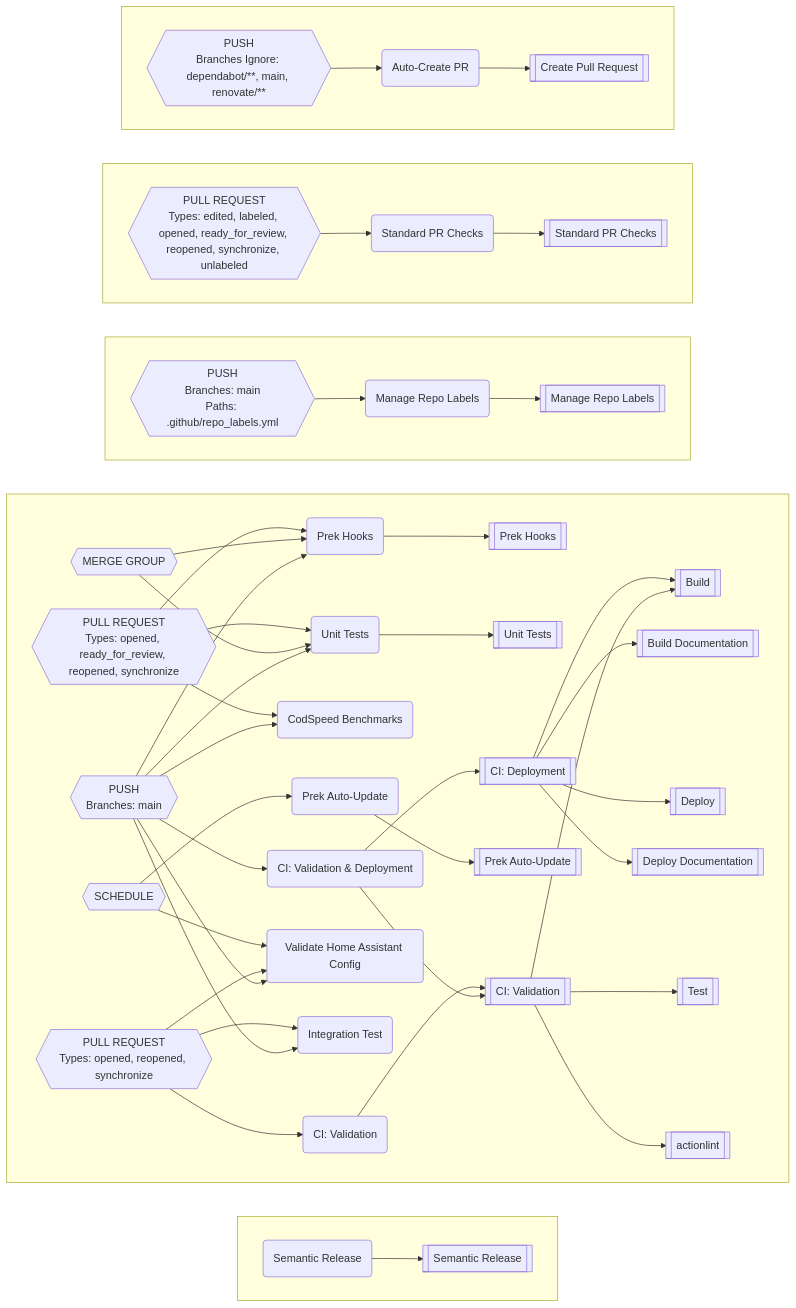
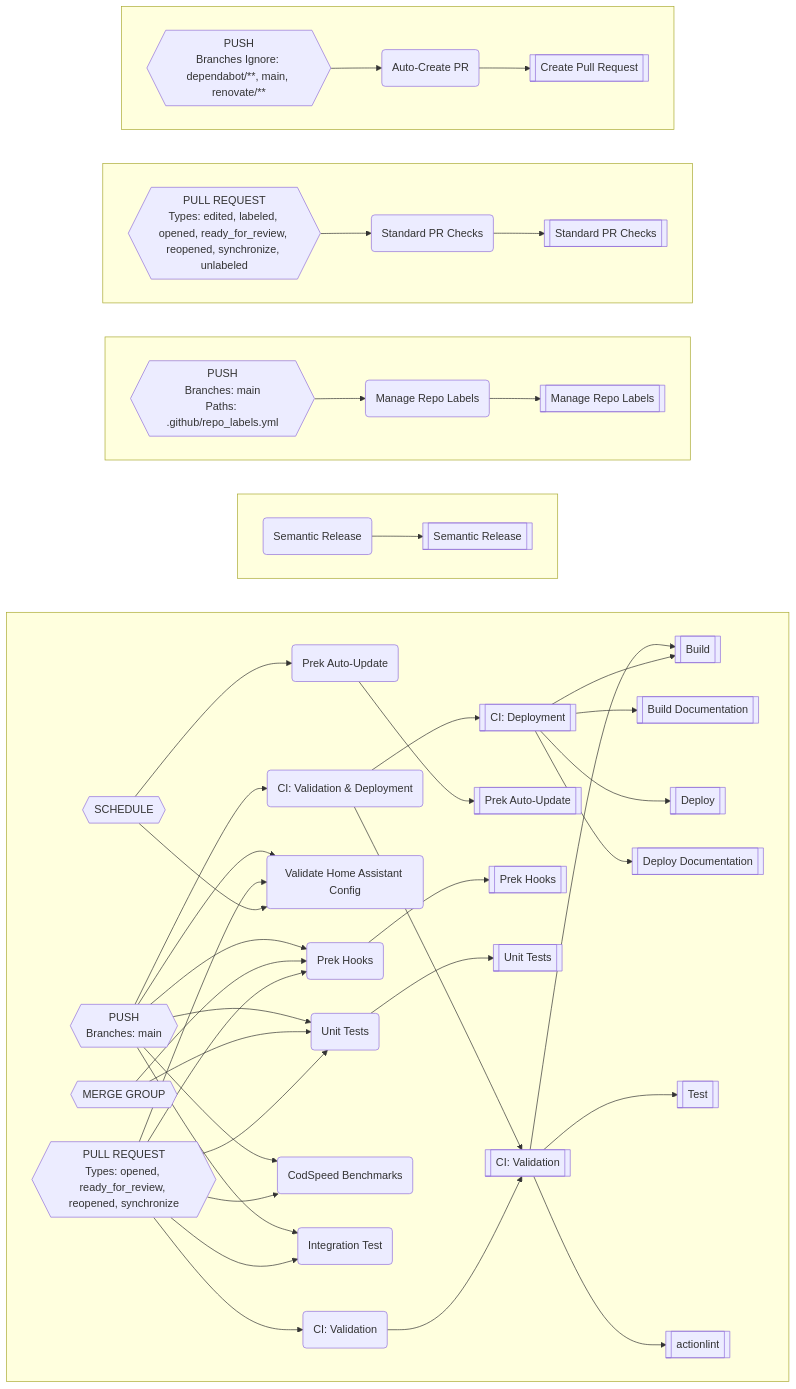
Before and after one commit to worganisation/github-config-files: the diagram in README.md, drawn with Mermaid. The commit also changed other lines of this file and 5 other files, not shown here.

```diff
--- a/README.md
+++ b/README.md
@@ -395,24 +393,20 @@
 flowchart LR
 subgraph EE[" "]
 direction LR
-CJ-->BE
-end
-subgraph EF[" "]
-direction LR
-DJ-->DX
-DJ-->DN
-DJ-->DI
+DE-->V
+CF-->AY
+CG-->CN
+CG-->CF
+DG-->DX
+DG-->DN
+DG-->DI
+DG-->DE
+DG-->CV
+DG-->CN
 DN-->BB
 DO-->DX
 DO-->DN
 DX-->BQ
-DE-->V
-CF-->AY
-CG-->CN
-CG-->CF
-DG-->DE
-DG-->CV
-DG-->CN
 DB-->DX
 DB-->DN
 DB-->DI
@@ -428,6 +422,10 @@
 V-->I
 V-->BN
 V-->A
+end
+subgraph EF[" "]
+direction LR
+CJ-->BE
 end
 subgraph EG[" "]
 direction LR
@@ -479,12 +477,9 @@
 "}}
 DE("CI: Validation")
 DG{{"PULL REQUEST
-Types: opened, reopened, synchronize
+Types: opened, ready_for_review, reopened, synchronize
 "}}
 DI("CodSpeed Benchmarks")
-DJ{{"PULL REQUEST
-Types: opened, ready_for_review, reopened, synchronize
-"}}
 DN("Prek Hooks")
 DO{{"MERGE GROUP"}}
 DX("Unit Tests")
```
